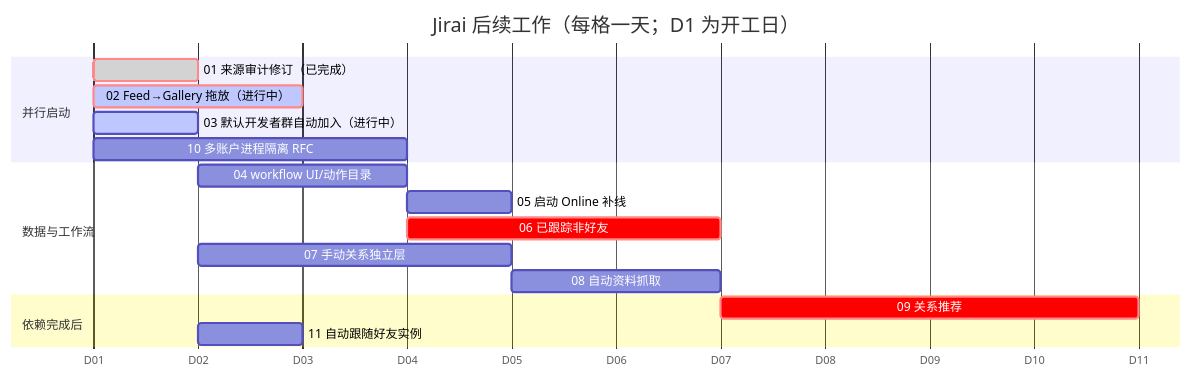
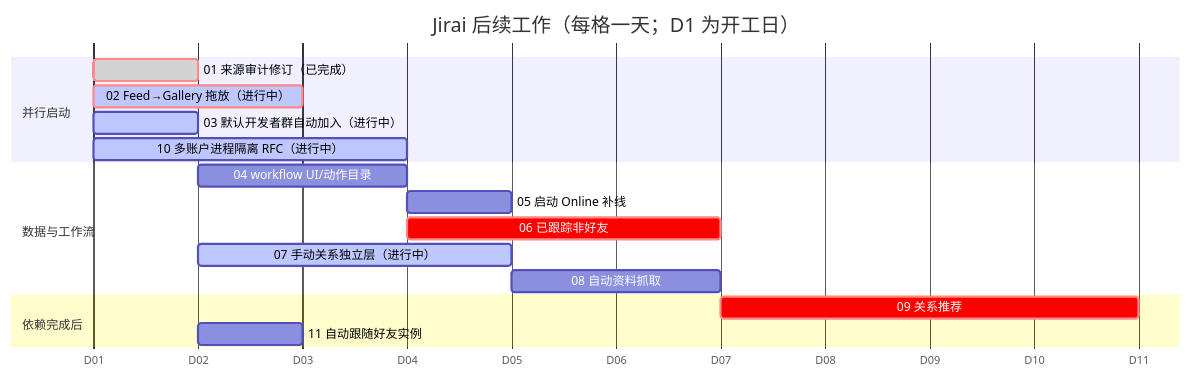
Before and after one commit to FuLuTang/VRCX-0-jirai: the second of 2 diagrams in docs/jirai-port/总执行规划.md, drawn with Mermaid. The commit also changed other lines of this file, not shown here.

Commit message:
docs: mark Jirai relation and RFC work active

````diff
--- a/docs/jirai-port/总执行规划.md
+++ b/docs/jirai-port/总执行规划.md
@@ -133,23 +133,23 @@
 ```mermaid
 gantt
     title Jirai 后续工作（每格一天；D1 为开工日）
     dateFormat  YYYY-MM-DD
     axisFormat  D%d
 
     section 并行启动
     01 来源审计修订（已完成）        :done, crit, t01, 2026-01-01, 1d
     02 Feed→Gallery 拖放（进行中）   :active, crit, t02, 2026-01-01, 2d
     03 默认开发者群自动加入（进行中） :active, t03, 2026-01-01, 1d
-    10 多账户进程隔离 RFC            :t10, 2026-01-01, 3d
+    10 多账户进程隔离 RFC（进行中）  :active, t10, 2026-01-01, 3d
 
     section 数据与工作流
     04 workflow UI/动作目录          :t04, after t01, 2d
     05 启动 Online 补线              :t05, after t04, 1d
     06 已跟踪非好友                  :crit, t06, after t04, 3d
-    07 手动关系独立层                :t07, after t01, 3d
+    07 手动关系独立层（进行中）      :active, t07, after t01, 3d
     08 自动资料抓取                  :t08, after t05, 2d
 
     section 依赖完成后
     09 关系推荐                      :crit, t09, after t08, 4d
     11 自动跟随好友实例              :t11, after t03, 1d
 ```
````
